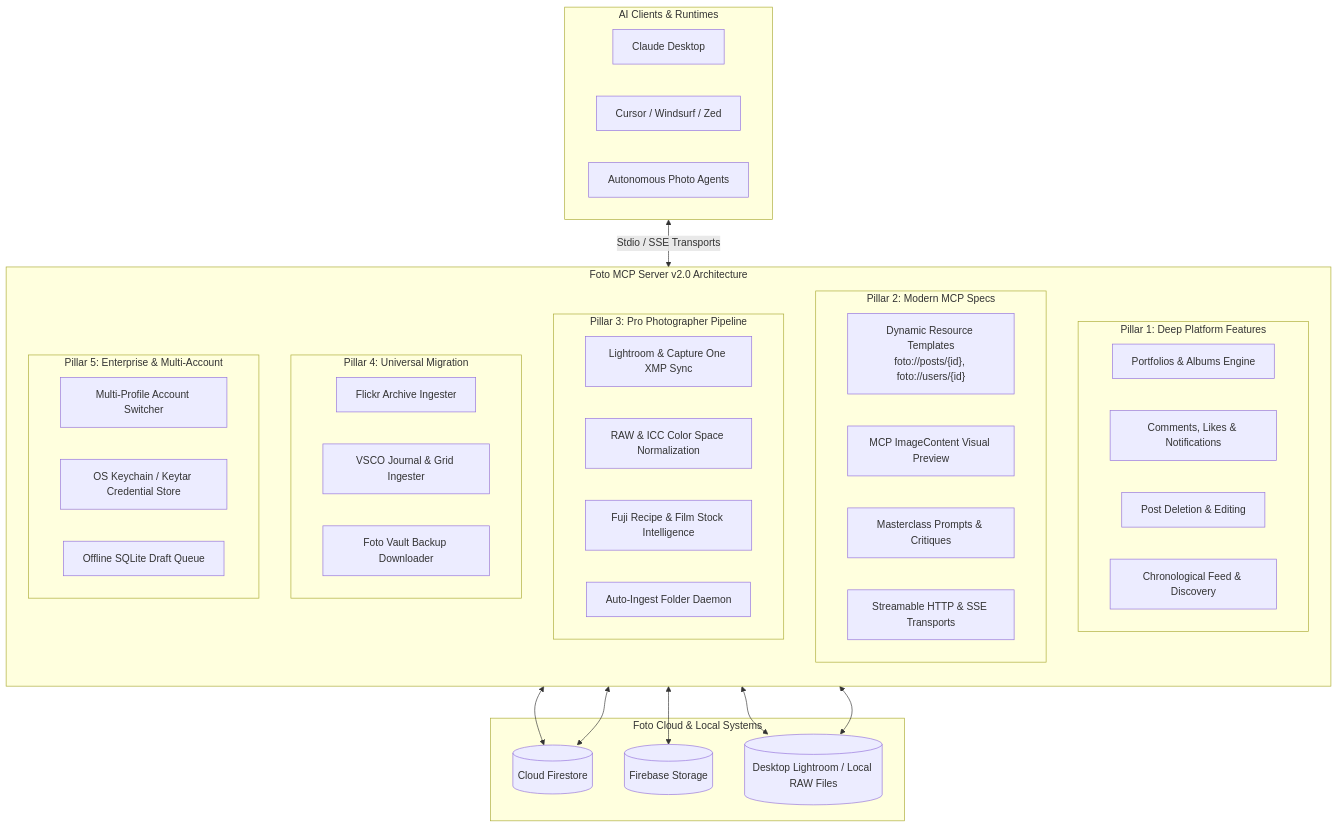
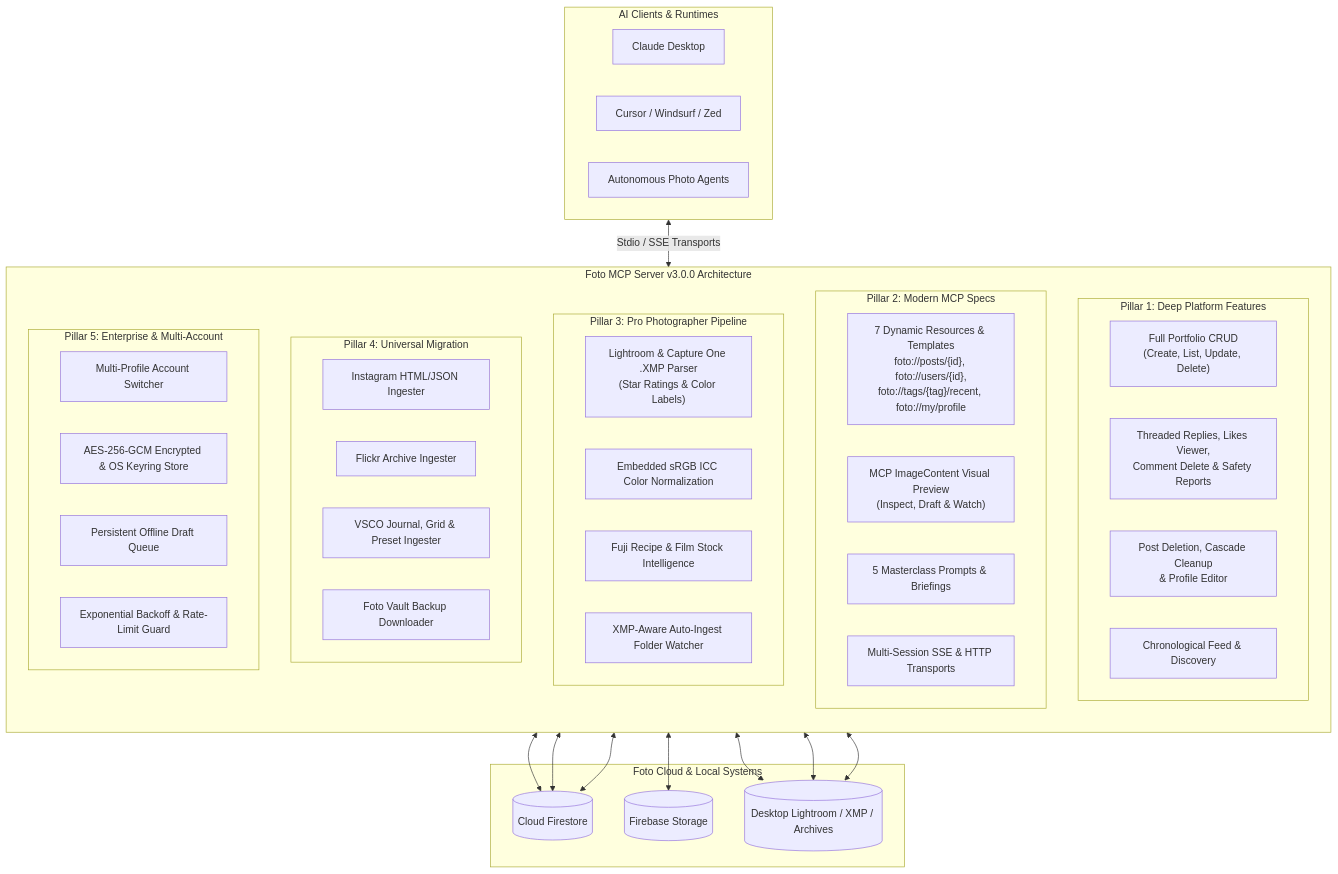
The diagram in ROADMAP.md (thesven/foto_mcp), drawn with Mermaid before and after one commit. The commit also changed other lines of this file and 22 other files, not shown here.

Commit message:
feat: release foto_mcp v3.0.0 with 42 MCP tools, 7 resources, 5 prompts, XMP sidecars, VSCO sync, multi-profile AES-256-GCM auth, and offline draft queue

````diff
--- a/ROADMAP.md
+++ b/ROADMAP.md
@@ -25,56 +26,59 @@
 ```mermaid
 flowchart TD
     subgraph Clients ["AI Clients & Runtimes"]
         Claude["Claude Desktop"]
         Cursor["Cursor / Windsurf / Zed"]
         Agents["Autonomous Photo Agents"]
     end
 
-    subgraph Foto_MCP_v2 ["Foto MCP Server v2.0 Architecture"]
+    subgraph Foto_MCP_v3 ["Foto MCP Server v3.0.0 Architecture"]
         direction TB
         
         subgraph P1 ["Pillar 1: Deep Platform Features"]
-            Portfolios["Portfolios & Albums Engine"]
-            Social["Comments, Likes & Notifications"]
-            Lifecycle["Post Deletion & Editing"]
+            Portfolios["Full Portfolio CRUD<br>(Create, List, Update, Delete)"]
+            Social["Threaded Replies, Likes Viewer,<br>Comment Delete & Safety Reports"]
+            Lifecycle["Post Deletion, Cascade Cleanup<br>& Profile Editor"]
             Timeline["Chronological Feed & Discovery"]
         end
 
         subgraph P2 ["Pillar 2: Modern MCP Specs"]
-            ResTemplates["Dynamic Resource Templates<br>foto://posts/{id}, foto://users/{id}"]
-            VisionMultimodal["MCP ImageContent Visual Preview"]
-            PromptLibrary["Masterclass Prompts & Critiques"]
-            SSETransports["Streamable HTTP & SSE Transports"]
+            ResTemplates["7 Dynamic Resources & Templates<br>foto://posts/{id}, foto://users/{id},<br>foto://tags/{tag}/recent, foto://my/profile"]
+            VisionMultimodal["MCP ImageContent Visual Preview<br>(Inspect, Draft & Watch)"]
+            PromptLibrary["5 Masterclass Prompts & Briefings"]
+            SSETransports["Multi-Session SSE & HTTP Transports"]
         end
 
         subgraph P3 ["Pillar 3: Pro Photographer Pipeline"]
-            Lightroom["Lightroom & Capture One XMP Sync"]
-            RAWPipeline["RAW & ICC Color Space Normalization"]
+            Lightroom["Lightroom & Capture One .XMP Parser<br>(Star Ratings & Color Labels)"]
+            RAWPipeline["Embedded sRGB ICC Color Normalization"]
             FilmSim["Fuji Recipe & Film Stock Intelligence"]
-            WatchDaemon["Auto-Ingest Folder Daemon"]
+            WatchDaemon["XMP-Aware Auto-Ingest Folder Watcher"]
         end
 
         subgraph P4 ["Pillar 4: Universal Migration"]
+            Instagram["Instagram HTML/JSON Ingester"]
             Flickr["Flickr Archive Ingester"]
-            VSCO["VSCO Journal & Grid Ingester"]
+            VSCO["VSCO Journal, Grid & Preset Ingester"]
             ArchiveBackup["Foto Vault Backup Downloader"]
         end
 
         subgraph P5 ["Pillar 5: Enterprise & Multi-Account"]
             MultiAccount["Multi-Profile Account Switcher"]
-            Keyring["OS Keychain / Keytar Credential Store"]
-            DraftQueue["Offline SQLite Draft Queue"]
+            Keyring["AES-256-GCM Encrypted & OS Keyring Store"]
+            DraftQueue["Persistent Offline Draft Queue"]
+            Resilience["Exponential Backoff & Rate-Limit Guard"]
         end
     end
 
     subgraph Foto_Cloud ["Foto Cloud & Local Systems"]
         FS[(Cloud Firestore)]
         Storage[(Firebase Storage)]
-        LocalFS[(Desktop Lightroom / Local RAW Files)]
+        LocalFS[(Desktop Lightroom / XMP / Archives)]
     end
 
-    Clients <-->|"Stdio / SSE Transports"| Foto_MCP_v2
+    Clients <-->|"Stdio / SSE Transports"| Foto_MCP_v3
     P1 <--> FS & Storage
     P3 <--> LocalFS
     P4 <--> LocalFS & FS
+    P5 <--> LocalFS & FS
 ```
````
